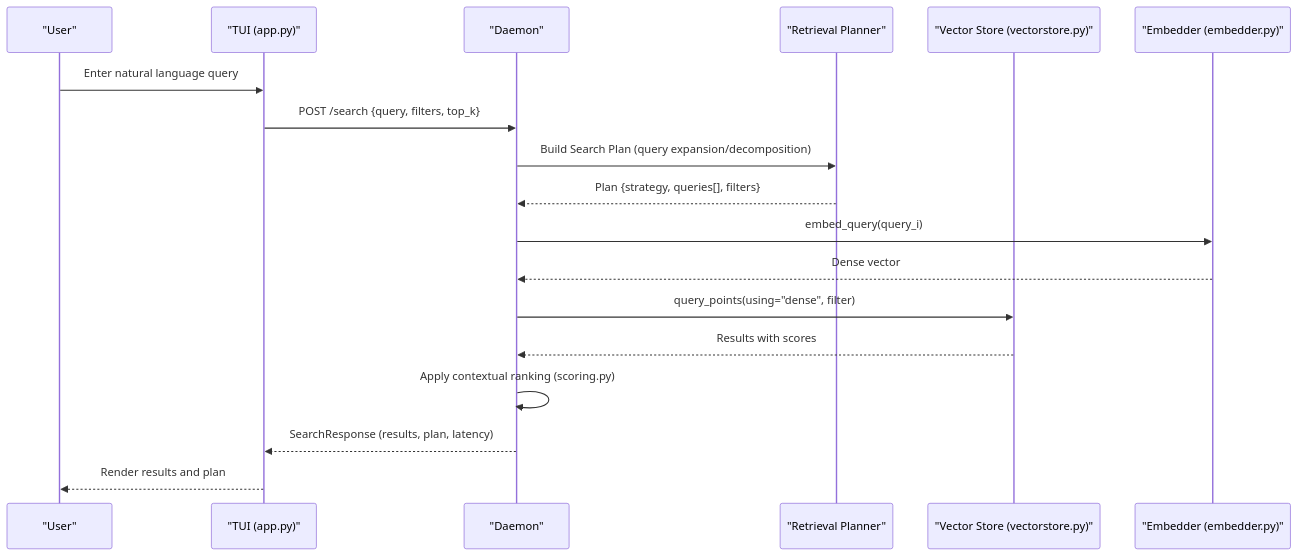
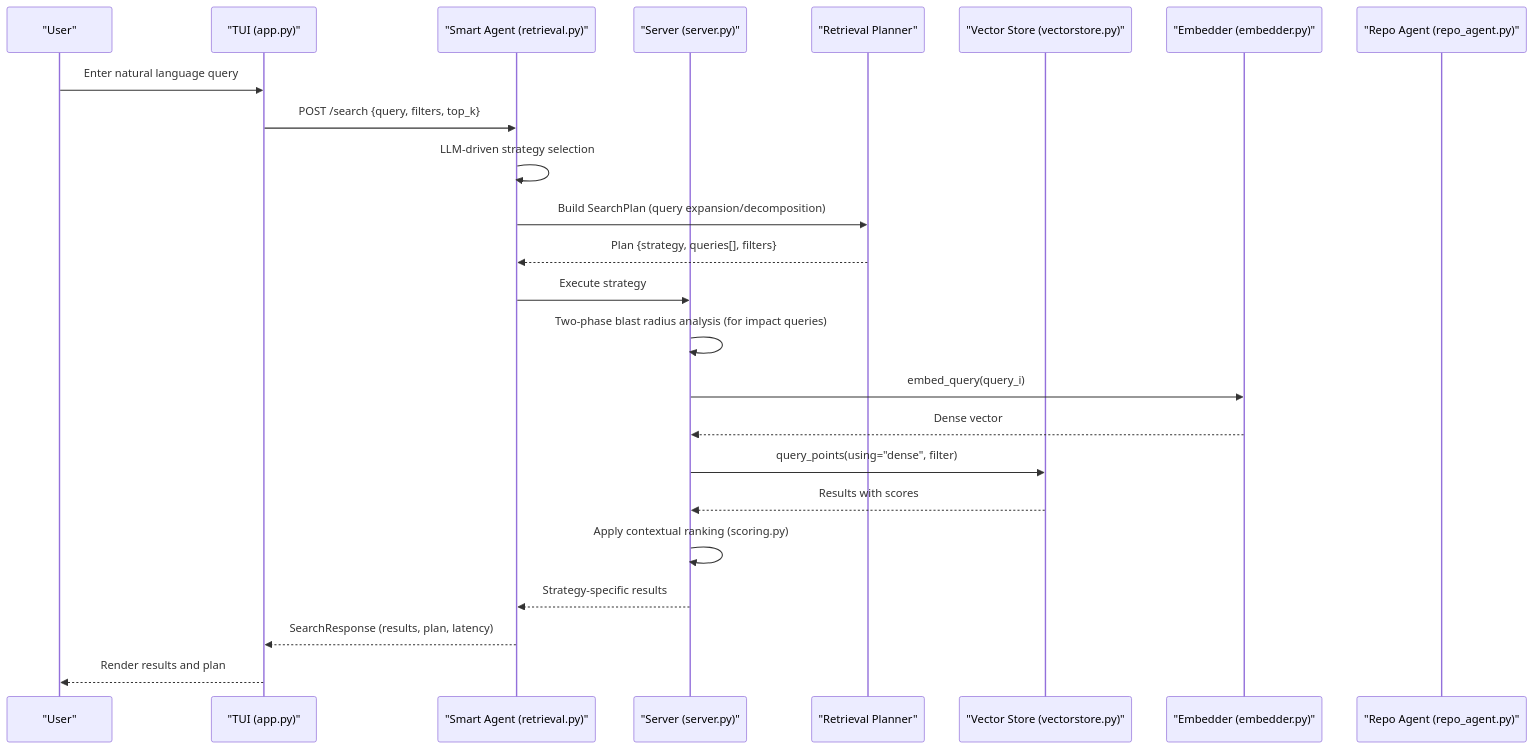
One commit to NcitDev/ragsystem changed the second of 14 diagrams in docs/wiki/Core Concepts/RAG Fundamentals.md. Above: the diagram before and after it, drawn with Mermaid. The commit also changed other lines of this file and 27 other files, not shown here.

````diff
--- a/docs/wiki/Core Concepts/RAG Fundamentals.md
+++ b/docs/wiki/Core Concepts/RAG Fundamentals.md
@@ -97,20 +134,26 @@
 ```mermaid
 sequenceDiagram
 participant User as "User"
 participant TUI as "TUI (app.py)"
-participant Daemon as "Daemon"
+participant Agent as "Smart Agent (retrieval.py)"
+participant Server as "Server (server.py)"
 participant Planner as "Retrieval Planner"
 participant Store as "Vector Store (vectorstore.py)"
 participant Emb as "Embedder (embedder.py)"
+participant RepoAgent as "Repo Agent (repo_agent.py)"
 User->>TUI : Enter natural language query
-TUI->>Daemon : POST /search {query, filters, top_k}
-Daemon->>Planner : Build Search Plan (query expansion/decomposition)
-Planner-->>Daemon : Plan {strategy, queries[], filters}
-Daemon->>Emb : embed_query(query_i)
-Emb-->>Daemon : Dense vector
-Daemon->>Store : query_points(using="dense", filter)
-Store-->>Daemon : Results with scores
-Daemon->>Daemon : Apply contextual ranking (scoring.py)
-Daemon-->>TUI : SearchResponse (results, plan, latency)
+TUI->>Agent : POST /search {query, filters, top_k}
+Agent->>Agent : LLM-driven strategy selection
+Agent->>Planner : Build SearchPlan (query expansion/decomposition)
+Planner-->>Agent : Plan {strategy, queries[], filters}
+Agent->>Server : Execute strategy
+Server->>Server : Two-phase blast radius analysis (for impact queries)
+Server->>Emb : embed_query(query_i)
+Emb-->>Server : Dense vector
+Server->>Store : query_points(using="dense", filter)
+Store-->>Server : Results with scores
+Server->>Server : Apply contextual ranking (scoring.py)
+Server-->>Agent : Strategy-specific results
+Agent-->>TUI : SearchResponse (results, plan, latency)
 TUI-->>User : Render results and plan
 ```
````
